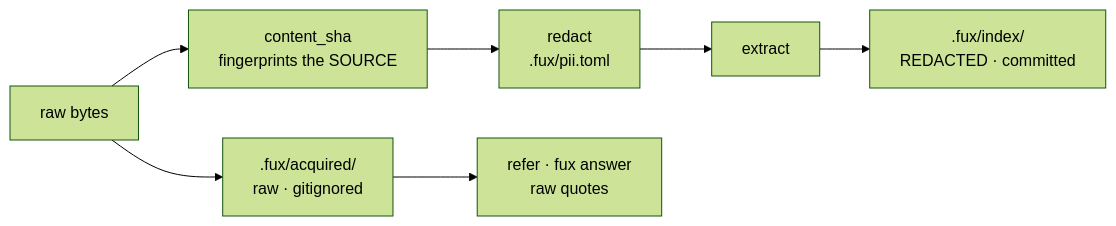
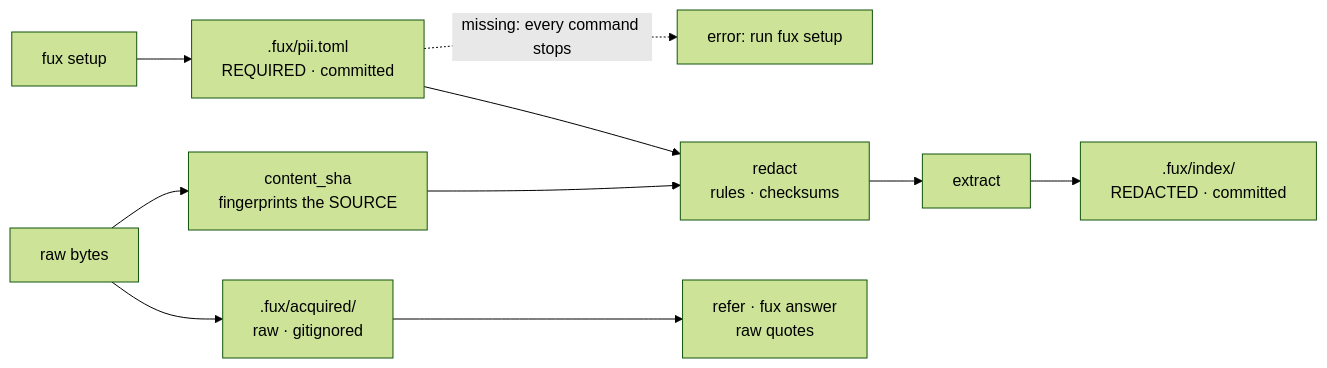
One commit to arpitarya/fux changed the diagram in docs/adr/0060_pii.md. Above: the diagram before and after it, drawn with Mermaid (forest theme). The commit also changed other lines of this file and 58 other files, not shown here.

````diff
--- a/docs/adr/0060_pii.md
+++ b/docs/adr/0060_pii.md
@@ -39,9 +44,12 @@
 ```mermaid
 flowchart LR
+    U["fux setup"] --> P[".fux/pii.toml<br/>REQUIRED · committed"]
+    P -.->|"missing: every command stops"| X["error: run fux setup"]
+    P --> R
     B["raw bytes"] --> S["content_sha<br/>fingerprints the SOURCE"]
-    S --> R["redact<br/>.fux/pii.toml"]
+    S --> R["redact<br/>rules · checksums"]
     R --> E["extract"]
     E --> I[".fux/index/<br/>REDACTED · committed"]
     B --> A[".fux/acquired/<br/>raw · gitignored"]
     A --> Q["refer · fux answer<br/>raw quotes"]
 ```
````
